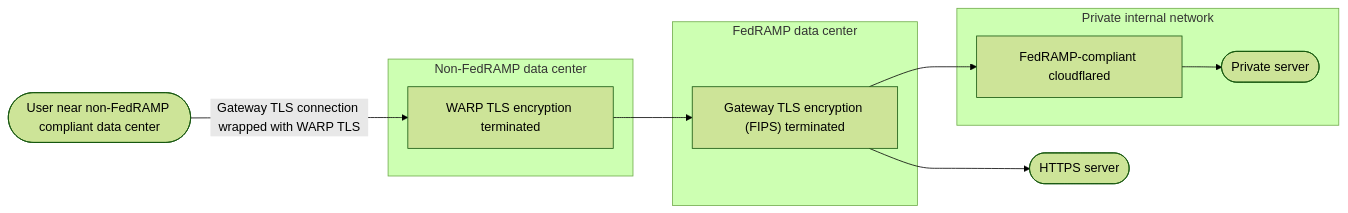
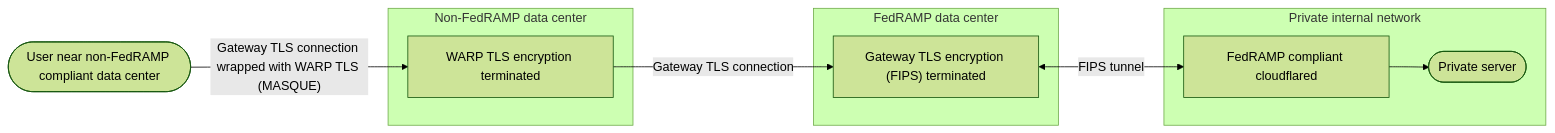
Before and after one commit to cloudflare/cloudflare-docs: the diagram in src/content/docs/cloudflare-one/policies/gateway/http-policies/tls-decryption.mdx, drawn with Mermaid (forest theme). The commit also changed other lines of this file, not shown here.

Commit message:
Add flowchart

````diff
--- a/src/content/docs/cloudflare-one/policies/gateway/http-policies/tls-decryption.mdx
+++ b/src/content/docs/cloudflare-one/policies/gateway/http-policies/tls-decryption.mdx
@@ -122,18 +122,24 @@
 ```mermaid
 flowchart LR
+ %% Accessibility
+ accTitle: How Gateway routes FedRAMP compliant traffic with Regional Services
+ accDescr: Flowchart describing how WARP with Gateway routes traffic to egress from a FedRAMP compliant data center when used with Regional Services in the United States.
+
+ %% Flowchart
  subgraph s1["Non-FedRAMP data center"]
         n2["WARP TLS encryption terminated"]
   end
  subgraph s2["FedRAMP data center"]
         n3["Gateway TLS encryption (FIPS) terminated"]
   end
  subgraph s3["Private internal network"]
-        n5["FedRAMP-compliant cloudflared"]
+        n5["FedRAMP compliant cloudflared"]
         n6(["Private server"])
   end
-    n1(["User near non-FedRAMP compliant data center"]) -- Gateway TLS connection wrapped with WARP TLS --> n2
-    n2 --> n3
-    n3 --> n4(["HTTPS server"]) & n5
+    n1(["User near non-FedRAMP compliant data center"]) -- Gateway TLS connection wrapped with WARP TLS (MASQUE) --> n2
+    n2 -- Gateway TLS connection --> n3
+    n3 <-- FIPS tunnel --> n5
     n5 --> n6
+
     n5@{ shape: rect}
 ```
````
